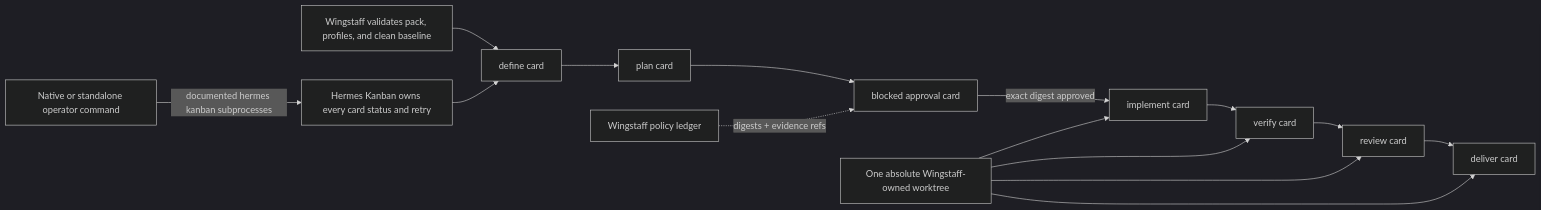
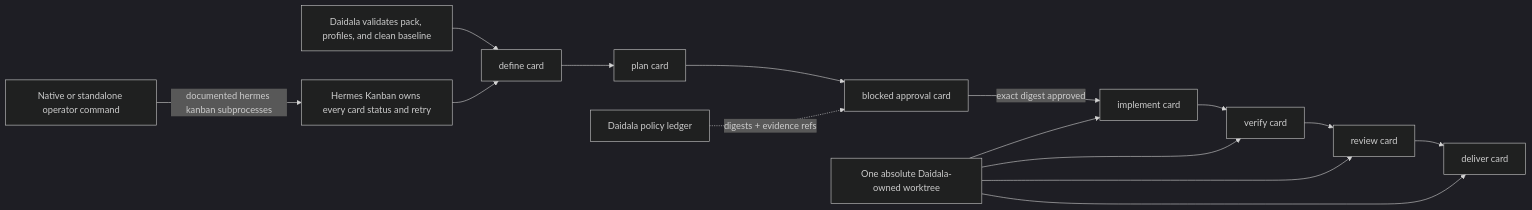
One commit to forgegod/daidala changed the third of 3 diagrams in docs/01-architecture.md. Above: the diagram before and after it, drawn with Mermaid (dark theme). The commit also changed other lines of this file and 28 other files, not shown here.

````diff
--- a/docs/01-architecture.md
+++ b/docs/01-architecture.md
@@ -118,19 +118,19 @@
 ```mermaid
 flowchart LR
-    START["Wingstaff validates pack, profiles, and clean baseline"] --> DEFINE["define card"]
+    START["Daidala validates pack, profiles, and clean baseline"] --> DEFINE["define card"]
     DEFINE --> PLAN["plan card"]
     PLAN --> APPROVAL["blocked approval card"]
     APPROVAL -->|"exact digest approved"| IMPLEMENT["implement card"]
     IMPLEMENT --> VERIFY["verify card"]
     VERIFY --> REVIEW["review card"]
     REVIEW --> DELIVER["deliver card"]
 
     KB["Hermes Kanban owns every card status and retry"] --> DEFINE
-    LEDGER["Wingstaff policy ledger"] -."digests + evidence refs".-> APPROVAL
-    WORKTREE["One absolute Wingstaff-owned worktree"] --> IMPLEMENT
+    LEDGER["Daidala policy ledger"] -."digests + evidence refs".-> APPROVAL
+    WORKTREE["One absolute Daidala-owned worktree"] --> IMPLEMENT
     WORKTREE --> VERIFY
     WORKTREE --> REVIEW
     WORKTREE --> DELIVER
 
     CLI["Native or standalone operator command"] -->|"documented hermes kanban subprocesses"| KB
 ```
````
